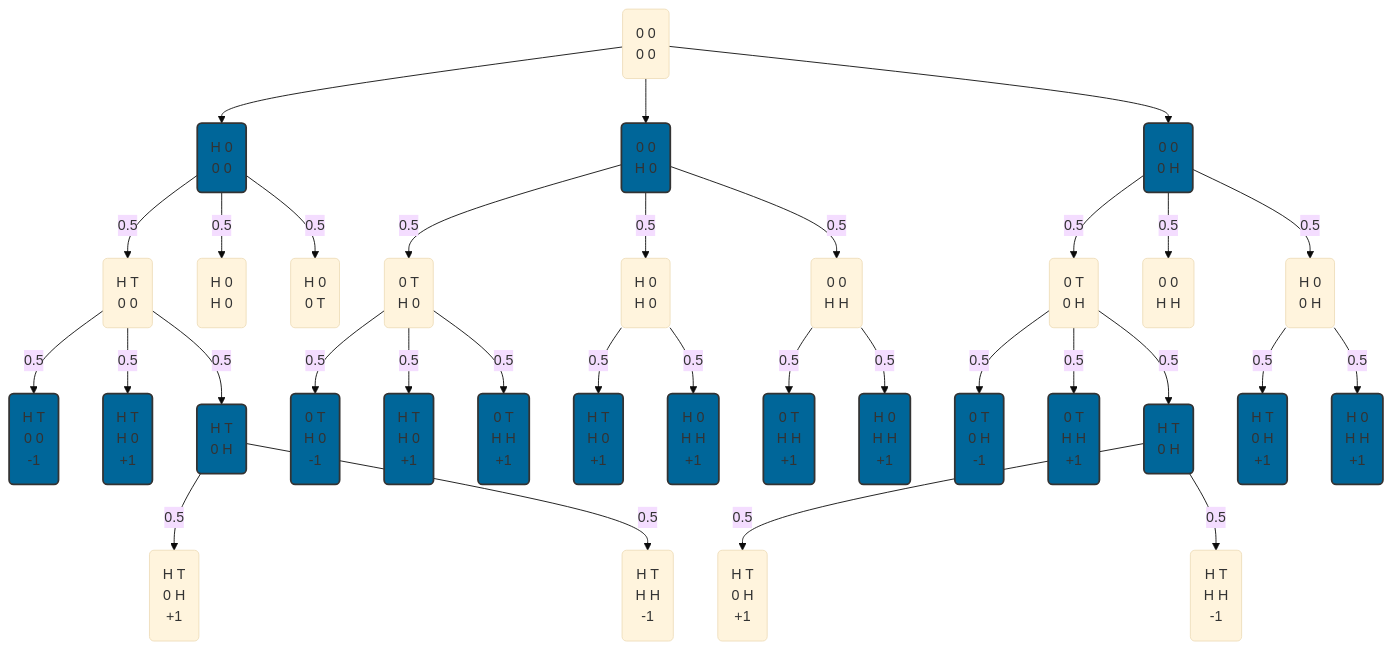
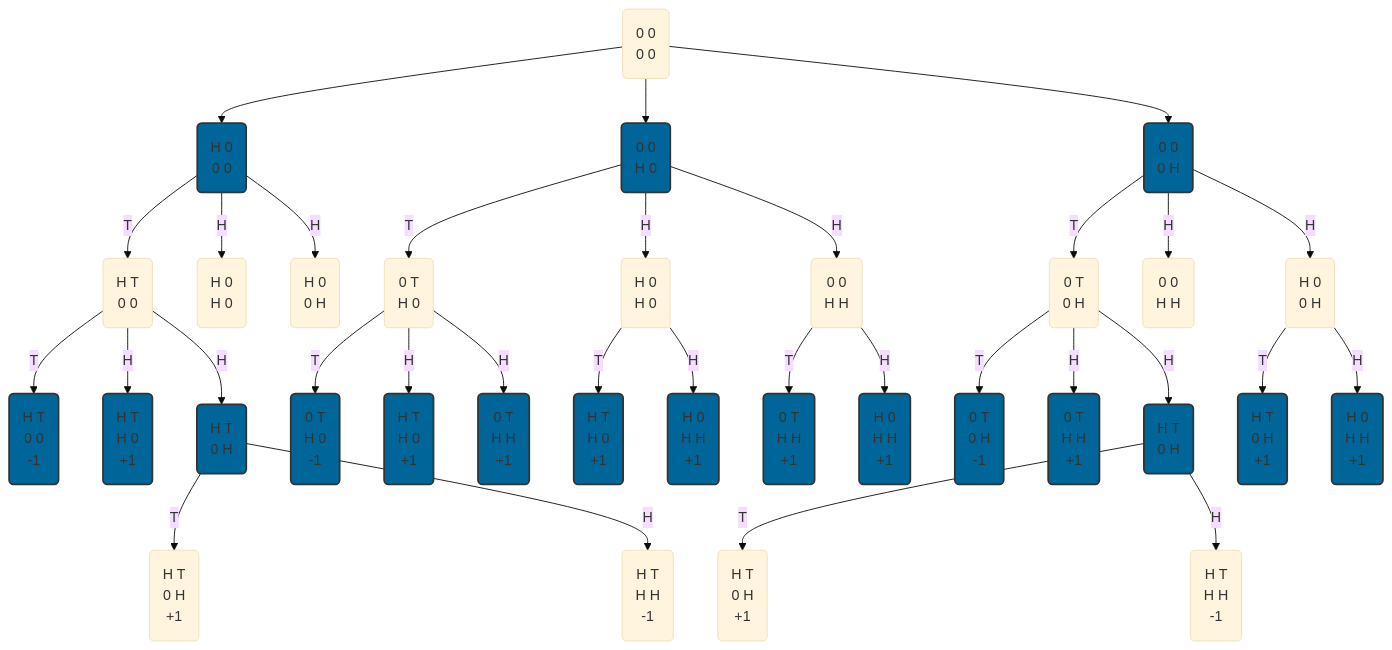
One commit to lucasfth/introduction-to-artificial-intelligence changed the diagram in week_4/mandatory.md. Above: the diagram before and after it, drawn with Mermaid (base theme). The commit also changed other lines of this file, not shown here.

Commit message:
Change chance to heads and tails

````diff
--- a/week_4/mandatory.md
+++ b/week_4/mandatory.md
@@ -79,9 +77,9 @@
   0 0
   
   )
-  max0 -- 0.5 --> min00
-  max0 -- 0.5 --> min01
-  max0 -- 0.5 --> min02
+  max0 -- T --> min00
+  max0 -- H --> min01
+  max0 -- H --> min02
 
   min01(
   H 0
@@ -89,7 +87,7 @@
   )
   min02(
   H 0
-  0 T
+  0 H
   )
   max00(
   H T
@@ -110,11 +108,11 @@
   H H
   -1)
   
-  min00 -- 0.5 --> max00
-  min00 -- 0.5 --> max01
-  min00 -- 0.5 --> max02
-  max02 -- 0.5 --> min000
-  max02 -- 0.5 --> min001
+  min00 -- T --> max00
+  min00 -- H --> max01
+  min00 -- H --> max02
+  max02 -- T --> min000
+  max02 -- H --> min001
   
 
   style max1 fill:#006699,stroke:#333,stroke-width:2px;
@@ -140,9 +138,9 @@
   0 0
   H H
   )
-  max1 -- 0.5 --> min10
-  max1 -- 0.5 --> min11
-  max1 -- 0.5 --> min12
+  max1 -- T --> min10
+  max1 -- H --> min11
+  max1 -- H --> min12
 
   max10(
   0 T
@@ -160,9 +158,9 @@
   +1
   )
 
-  min10 -- 0.5 --> max10
-  min10 -- 0.5 --> max11
-  min10 -- 0.5 --> max12
+  min10 -- T --> max10
+  min10 -- H --> max11
+  min10 -- H --> max12
 
   max110(
   H T
@@ -174,8 +172,8 @@
   H H 
   +1 
   )
-  min11 -- 0.5 --> max110
-  min11 -- 0.5 --> max111
+  min11 -- T --> max110
+  min11 -- H --> max111
 
   max120(
   0 T
@@ -187,8 +185,8 @@
   H H
   +1
   )
-  min12 -- 0.5 --> max120
-  min12 -- 0.5 --> max121
+  min12 -- T --> max120
+  min12 -- H --> max121
 
   style max2 fill:#006699,stroke:#333,stroke-width:2px;
   style max200 fill:#006699,stroke:#333,stroke-width:2px;
@@ -209,9 +207,9 @@
   H 0
   0 H)
 
-  max2 -- 0.5 --> min20
-  max2 -- 0.5 --> min21
-  max2 -- 0.5 --> min22
+  max2 -- T --> min20
+  max2 -- H --> min21
+  max2 -- H --> min22
   
   max200(
   0 T
@@ -224,9 +222,9 @@
   max202(
   H T
   0 H)
-  min20 -- 0.5 --> max200
-  min20 -- 0.5 --> max201
-  min20 -- 0.5 --> max202
+  min20 -- T --> max200
+  min20 -- H --> max201
+  min20 -- H --> max202
 
   min2020(
   H T
@@ -236,8 +234,8 @@
   H T
   H H
   -1)
-  max202 -- 0.5 --> min2020
-  max202 -- 0.5 --> min2021
+  max202 -- T --> min2020
+  max202 -- H --> min2021
 
   max220(
   H T
@@ -248,8 +246,8 @@
   H H
   +1
   )
-  min22 -- 0.5 --> max220
-  min22 -- 0.5 --> max221
+  min22 -- T --> max220
+  min22 -- H --> max221
 
 
 ```
````
